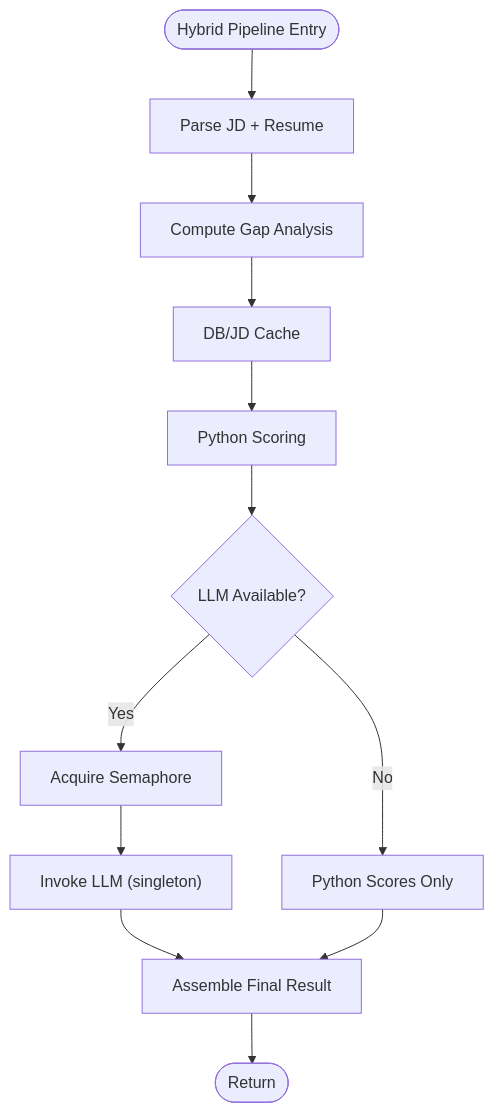
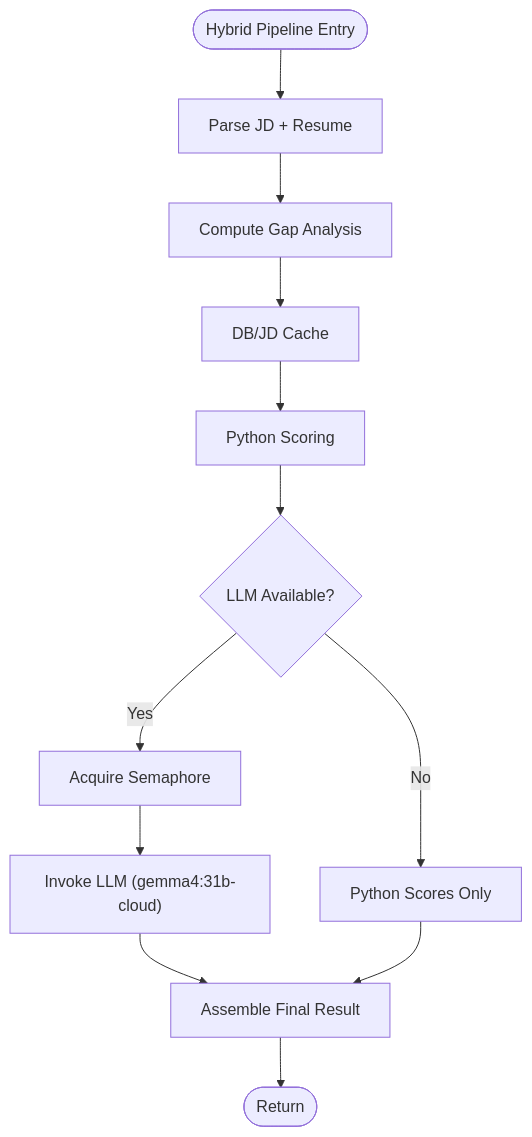
The third of 7 diagrams in .qoder/repowiki/en/content/Advanced Topics/Performance Optimization/Performance Optimization.md (Revanththetalogics/aireume), drawn with Mermaid before and after one commit. The commit also changed other lines of this file and 14 other files, not shown here.

````diff
--- a/.qoder/repowiki/en/content/Advanced Topics/Performance Optimization/Performance Optimization.md
+++ b/.qoder/repowiki/en/content/Advanced Topics/Performance Optimization/Performance Optimization.md
@@ -127,14 +143,14 @@
 ```mermaid
 flowchart TD
 Start(["Hybrid Pipeline Entry"]) --> Parse["Parse JD + Resume"]
 Parse --> Gap["Compute Gap Analysis"]
 Gap --> CacheJD["DB/JD Cache"]
 CacheJD --> Score["Python Scoring"]
 Score --> LLMCall{"LLM Available?"}
 LLMCall --> |Yes| Sem["Acquire Semaphore"]
-Sem --> Invoke["Invoke LLM (singleton)"]
+Sem --> Invoke["Invoke LLM (gemma4:31b-cloud)"]
 Invoke --> Result["Assemble Final Result"]
 LLMCall --> |No| Fallback["Python Scores Only"]
 Fallback --> Result
 Result --> End(["Return"])
 ```
````
